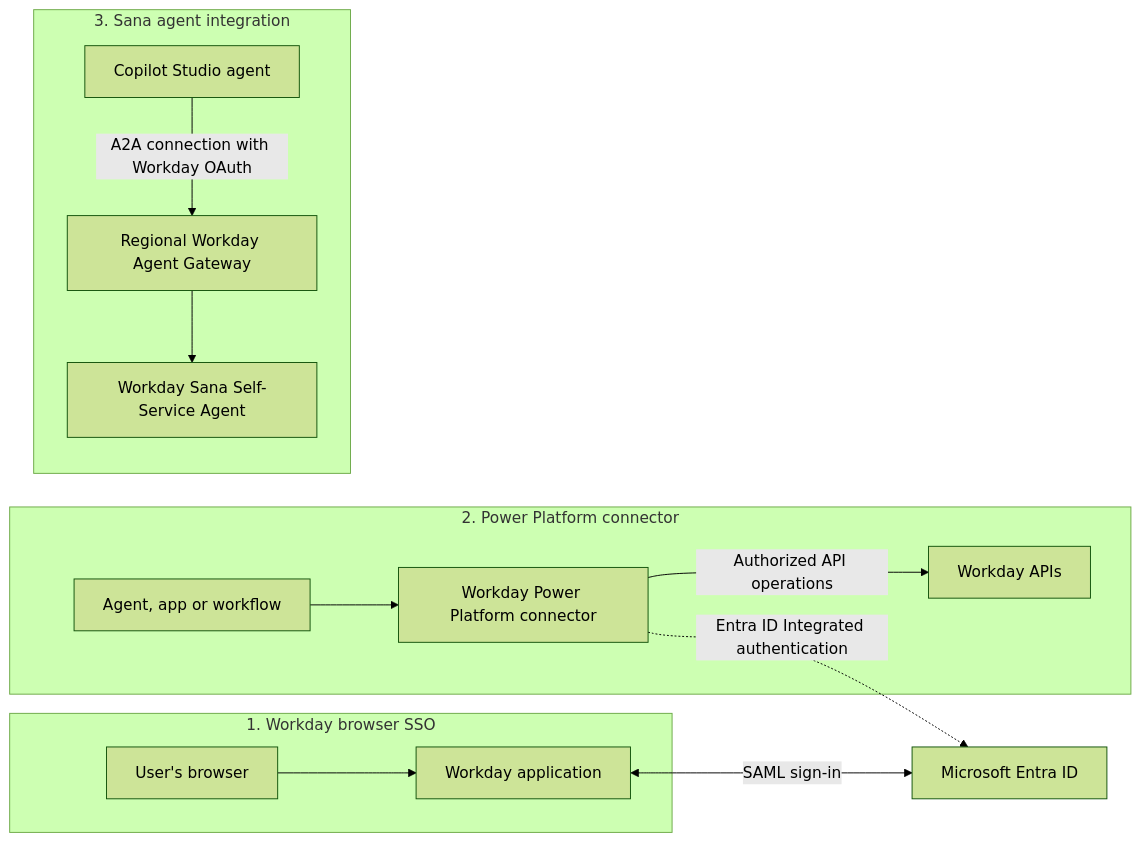
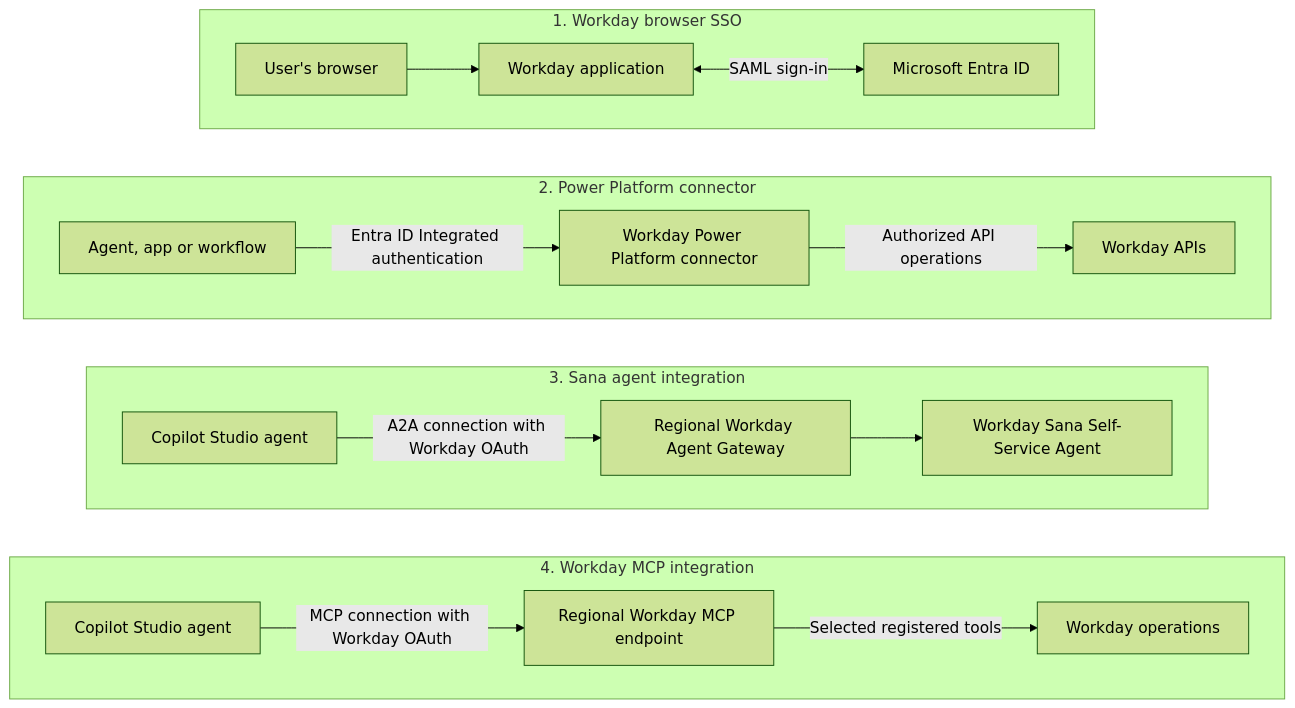
One commit to microsoft/ai-agent-runbooks changed the diagram in 02-patterns/Workday-Integration/Workday-Integration.md. Above: the diagram before and after it, drawn with Mermaid (forest theme). The commit also changed other lines of this file and 4 other files, not shown here.

First line of the commit message:
Add MCP option to Workday integration overview

````diff
--- a/02-patterns/Workday-Integration/Workday-Integration.md
+++ b/02-patterns/Workday-Integration/Workday-Integration.md
@@ -38,17 +41,24 @@
 ```mermaid
-flowchart LR
-    E["Microsoft Entra ID"]
+flowchart TB
     subgraph SSO["1. Workday browser SSO"]
+        direction LR
         B["User's browser"] --> W["Workday application"]
+        W <-->|SAML sign-in| E["Microsoft Entra ID"]
     end
-    W <-->|SAML sign-in| E
     subgraph PP["2. Power Platform connector"]
-        P["Agent, app or workflow"] --> C["Workday Power Platform connector"]
+        direction LR
+        P["Agent, app or workflow"] -->|Entra ID Integrated authentication| C["Workday Power Platform connector"]
         C -->|Authorized API operations| API["Workday APIs"]
     end
-    C -.->|Entra ID Integrated authentication| E
     subgraph A2A["3. Sana agent integration"]
+        direction LR
         CS["Copilot Studio agent"] -->|A2A connection with Workday OAuth| G["Regional Workday Agent Gateway"]
         G --> S["Workday Sana Self-Service Agent"]
     end
+    subgraph MCP["4. Workday MCP integration"]
+        direction LR
+        CSM["Copilot Studio agent"] -->|MCP connection with Workday OAuth| M["Regional Workday MCP endpoint"]
+        M -->|Selected registered tools| O["Workday operations"]
+    end
+    SSO ~~~ PP ~~~ A2A ~~~ MCP
 ```
````
